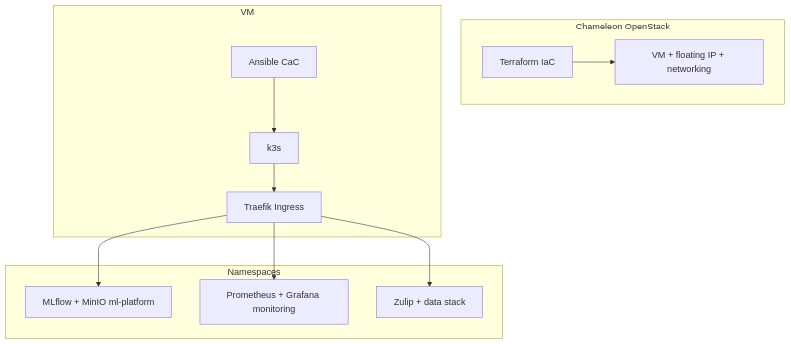
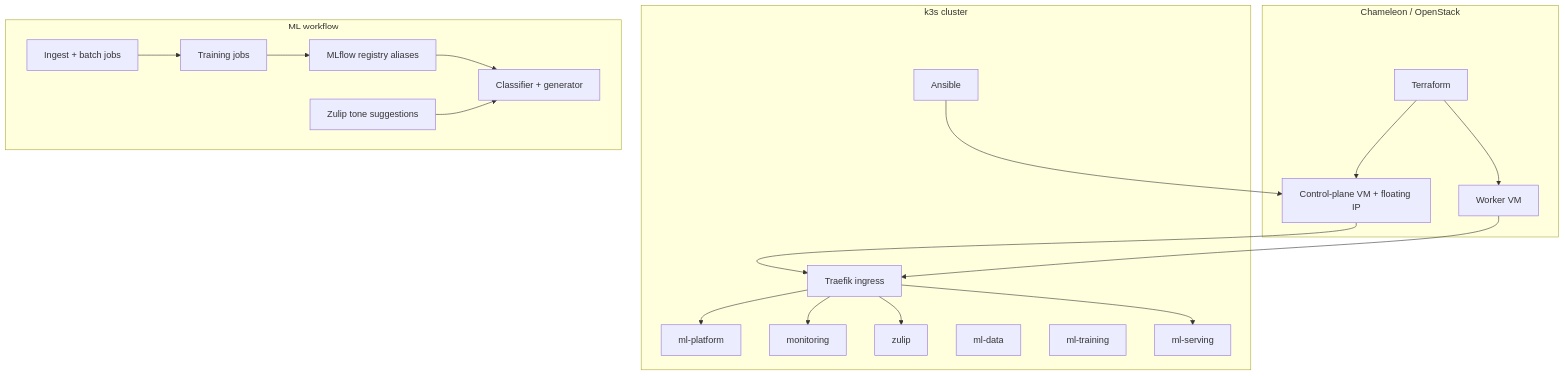
The diagram in ARCHITECTURE.md (AlluSudharshanRao/Multi-Tone-Communication-Assistant-for-Zulip---MLOps), drawn with Mermaid before and after one commit. The commit also changed other lines of this file and 58 other files, not shown here.

````diff
--- a/ARCHITECTURE.md
+++ b/ARCHITECTURE.md
@@ -5,23 +5,40 @@
 ```mermaid
 flowchart TB
-  subgraph cloud [Chameleon OpenStack]
-    TF[Terraform IaC]
-    VM[VM + floating IP + networking]
-    TF --> VM
+  subgraph OpenStack["Chameleon / OpenStack"]
+    TF["Terraform"]
+    CP["Control-plane VM + floating IP"]
+    WK["Worker VM"]
+    TF --> CP
+    TF --> WK
   end
-  subgraph vm [VM]
-    AN[Ansible CaC]
-    K[k3s]
-    AN --> K
-    T[Traefik Ingress]
-    K --> T
+
+  subgraph Cluster["k3s cluster"]
+    AN["Ansible"]
+    TR["Traefik ingress"]
+    P["ml-platform"]
+    M["monitoring"]
+    Z["zulip"]
+    D["ml-data"]
+    T["ml-training"]
+    S["ml-serving"]
+    AN --> CP
+    CP --> TR
+    WK --> TR
+    TR --> P
+    TR --> M
+    TR --> Z
+    TR --> S
   end
-  subgraph workloads [Namespaces]
-    M[MLflow + MinIO ml-platform]
-    O[Prometheus + Grafana monitoring]
-    Z[Zulip + data stack]
-    T --> M
-    T --> O
-    T --> Z
+
+  subgraph Workflows["ML workflow"]
+    ING["Ingest + batch jobs"]
+    TRAIN["Training jobs"]
+    REG["MLflow registry aliases"]
+    SERVE["Classifier + generator"]
+    UI["Zulip tone suggestions"]
+    ING --> TRAIN
+    TRAIN --> REG
+    REG --> SERVE
+    UI --> SERVE
   end
 ```
````
